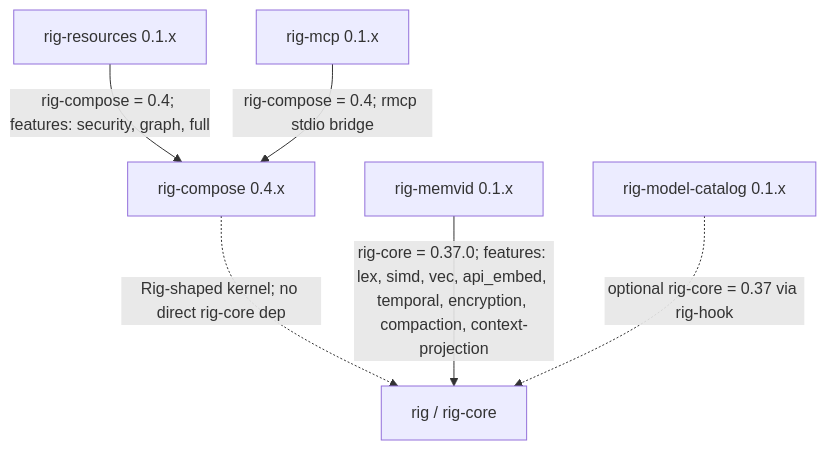
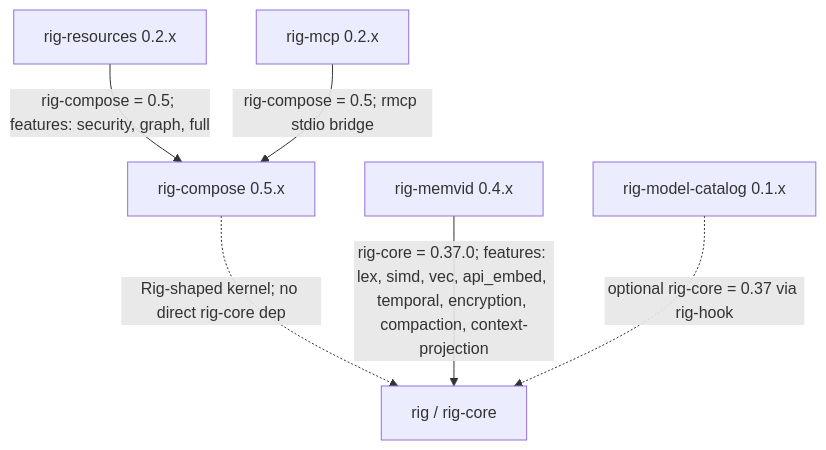
The diagram in README.md (ForeverAngry/rig-compose), drawn with Mermaid before and after one commit. The commit also changed other lines of this file, not shown here.

Commit message:
docs: update ecosystem version map to rig-compose 0.5.x

````diff
--- a/README.md
+++ b/README.md
@@ -290,15 +290,15 @@
 ```mermaid
 flowchart TD
     rig["rig / rig-core"]
-    compose["rig-compose 0.4.x"]
-    resources["rig-resources 0.1.x"]
-    mcp["rig-mcp 0.1.x"]
-    memvid["rig-memvid 0.1.x"]
+    compose["rig-compose 0.5.x"]
+    resources["rig-resources 0.2.x"]
+    mcp["rig-mcp 0.2.x"]
+    memvid["rig-memvid 0.4.x"]
     model_meta["rig-model-catalog 0.1.x"]
 
     compose -. "Rig-shaped kernel; no direct rig-core dep" .-> rig
-    resources -- "rig-compose = 0.4; features: security, graph, full" --> compose
-    mcp -- "rig-compose = 0.4; rmcp stdio bridge" --> compose
+    resources -- "rig-compose = 0.5; features: security, graph, full" --> compose
+    mcp -- "rig-compose = 0.5; rmcp stdio bridge" --> compose
     memvid -- "rig-core = 0.37.0; features: lex, simd, vec, api_embed, temporal, encryption, compaction, context-projection" --> rig
     model_meta -. "optional rig-core = 0.37 via rig-hook" .-> rig
 ```
````
